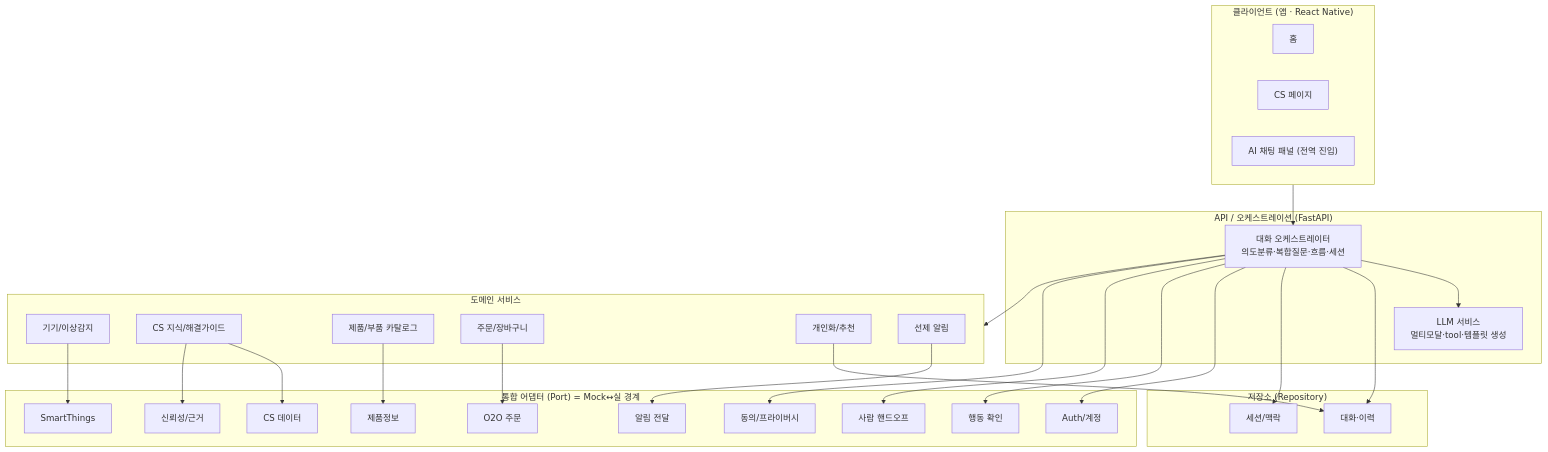
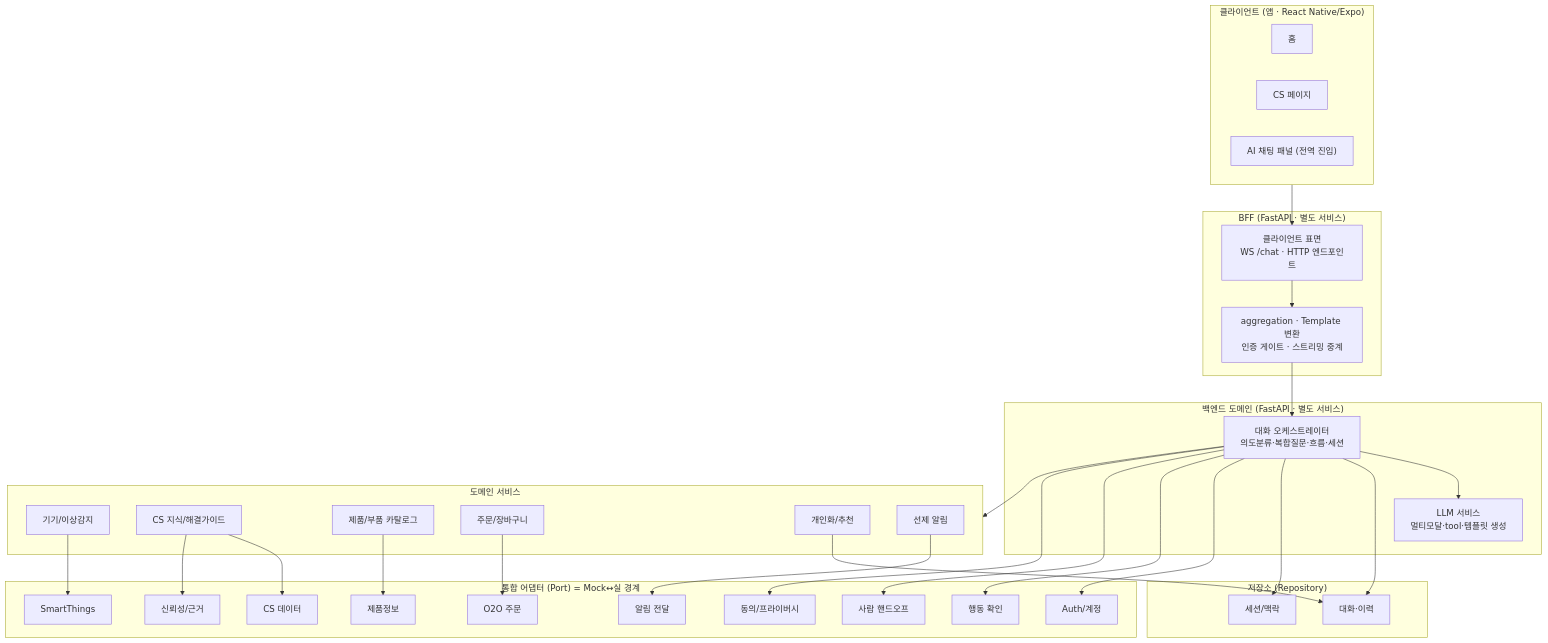
One commit to 92LEEJUN/rubicon-3 changed the first of 5 diagrams in docs/architecture.md. Above: the diagram before and after it, drawn with Mermaid. The commit also changed other lines of this file and 3 other files, not shown here.

First line of the commit message:
doc: BFF 별도 서비스 분리 반영 + 구현 tasks.md 작성

````diff
--- a/docs/architecture.md
+++ b/docs/architecture.md
@@ -33,57 +34,64 @@
 ```mermaid
 flowchart TB
-  subgraph Client["클라이언트 (앱 · React Native)"]
+  subgraph Client["클라이언트 (앱 · React Native/Expo)"]
     Home["홈"]
     CSPage["CS 페이지"]
     Chat["AI 채팅 패널 (전역 진입)"]
   end
 
-  subgraph APILayer["API / 오케스트레이션 (FastAPI)"]
+  subgraph BFF["BFF (FastAPI · 별도 서비스)"]
+    Surface["클라이언트 표면<br/>WS /chat · HTTP 엔드포인트"]
+    Agg["aggregation · Template 변환<br/>인증 게이트 · 스트리밍 중계"]
+  end
+
+  subgraph APILayer["백엔드 도메인 (FastAPI · 별도 서비스)"]
     Orch["대화 오케스트레이터<br/>의도분류·복합질문·흐름·세션"]
     LLM["LLM 서비스<br/>멀티모달·tool·템플릿 생성"]
   end
 
   subgraph DomainSvc["도메인 서비스"]
     DeviceSvc["기기/이상감지"]
     KnowSvc["CS 지식/해결가이드"]
     CatalogSvc["제품/부품 카탈로그"]
     OrderSvc["주문/장바구니"]
     PersSvc["개인화/추천"]
     NotiSvc["선제 알림"]
   end
 
   subgraph Ports["통합 어댑터 (Port) = Mock↔실 경계"]
     AuthP["Auth/계정"]
     STP["SmartThings"]
     O2OP["O2O 주문"]
     CSDataP["CS 데이터"]
     CatP["제품정보"]
     TrustP["신뢰성/근거"]
     ActP["행동 확인"]
     HandoffP["사람 핸드오프"]
     AlertP["알림 전달"]
     ConsentP["동의/프라이버시"]
   end
 
   subgraph DataStore["저장소 (Repository)"]
     ConvDB["대화·이력"]
     SessDB["세션/맥락"]
   end
 
-  Client --> Orch
+  Client --> Surface
+  Surface --> Agg
+  Agg --> Orch
   Orch --> LLM
   Orch --> DomainSvc
   Orch --> ConvDB
   Orch --> SessDB
   Orch --> AuthP
   Orch --> ActP
   Orch --> HandoffP
   Orch --> ConsentP
   DeviceSvc --> STP
   KnowSvc --> CSDataP
   KnowSvc --> TrustP
   CatalogSvc --> CatP
   OrderSvc --> O2OP
   PersSvc --> ConvDB
   NotiSvc --> AlertP
 ```
````
